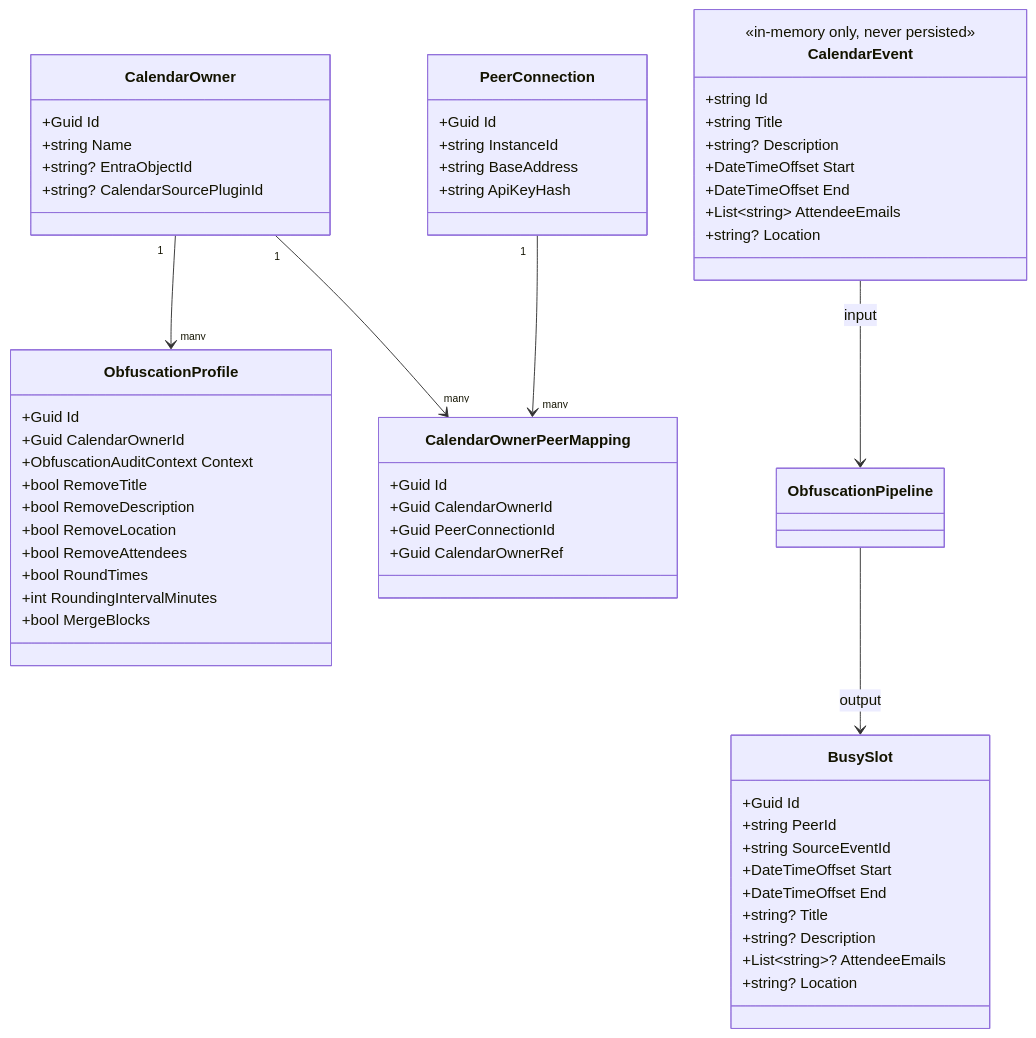
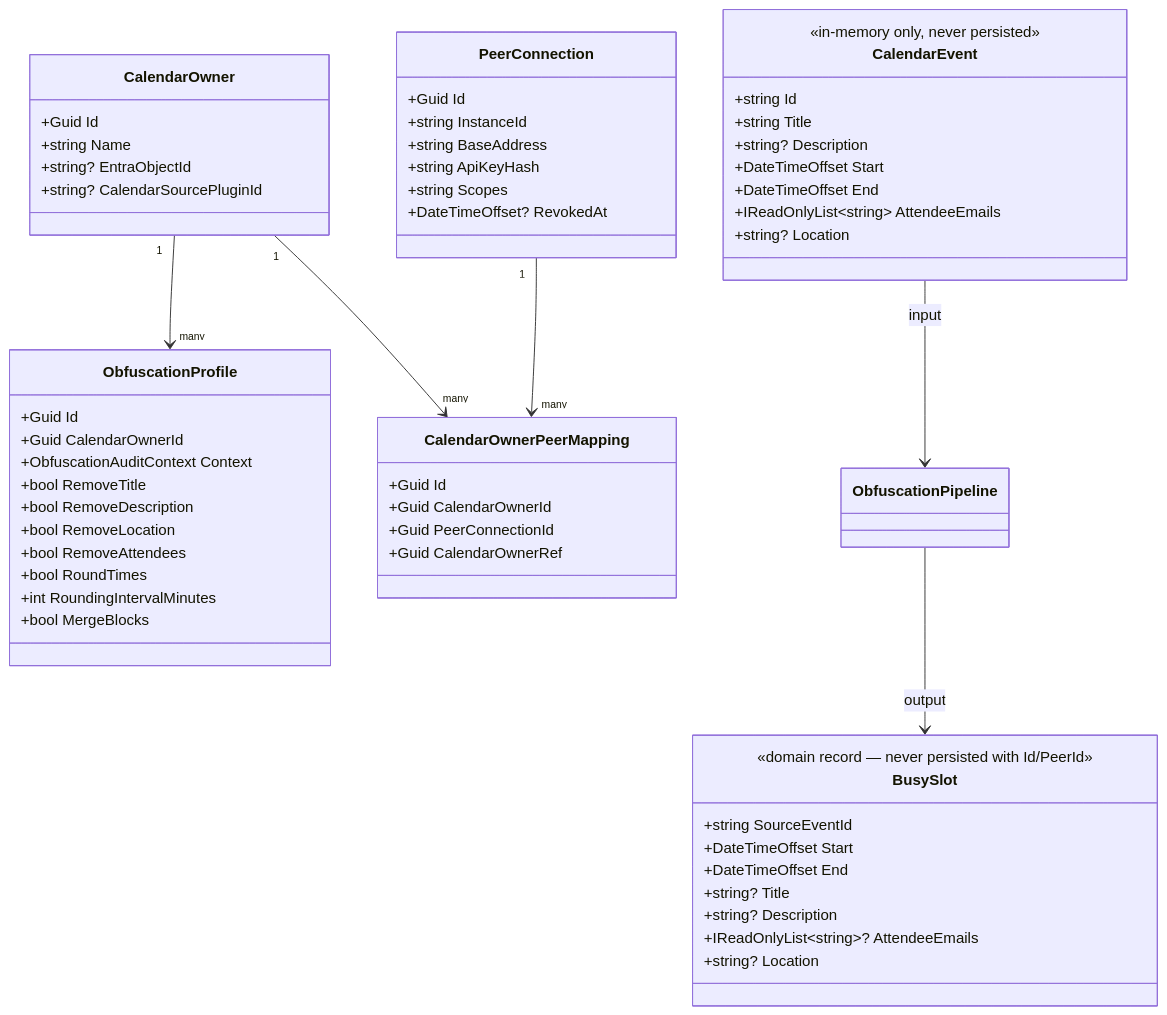
The diagram in docs/05-building-block-view.md (InfSupStageMG/ObfusCal), drawn with Mermaid before and after one commit. The commit also changed other lines of this file and 14 other files, not shown here.

````diff
--- a/docs/05-building-block-view.md
+++ b/docs/05-building-block-view.md
@@ -87,60 +105,61 @@
 ```mermaid
 classDiagram
     class CalendarOwner {
         +Guid Id
         +string Name
         +string? EntraObjectId
         +string? CalendarSourcePluginId
     }
     class ObfuscationProfile {
         +Guid Id
         +Guid CalendarOwnerId
         +ObfuscationAuditContext Context
         +bool RemoveTitle
         +bool RemoveDescription
         +bool RemoveLocation
         +bool RemoveAttendees
         +bool RoundTimes
         +int RoundingIntervalMinutes
         +bool MergeBlocks
     }
     class PeerConnection {
         +Guid Id
         +string InstanceId
         +string BaseAddress
         +string ApiKeyHash
+        +string Scopes
+        +DateTimeOffset? RevokedAt
     }
     class CalendarOwnerPeerMapping {
         +Guid Id
         +Guid CalendarOwnerId
         +Guid PeerConnectionId
         +Guid CalendarOwnerRef
     }
     class BusySlot {
-        +Guid Id
-        +string PeerId
+        <<domain record — never persisted with Id/PeerId>>
         +string SourceEventId
         +DateTimeOffset Start
         +DateTimeOffset End
         +string? Title
         +string? Description
-        +List~string~? AttendeeEmails
+        +IReadOnlyList~string~? AttendeeEmails
         +string? Location
     }
     class CalendarEvent {
         <<in-memory only, never persisted>>
         +string Id
         +string Title
         +string? Description
         +DateTimeOffset Start
         +DateTimeOffset End
-        +List~string~ AttendeeEmails
+        +IReadOnlyList~string~ AttendeeEmails
         +string? Location
     }
 
     CalendarOwner "1" --> "many" CalendarOwnerPeerMapping
     CalendarOwner "1" --> "many" ObfuscationProfile
     PeerConnection "1" --> "many" CalendarOwnerPeerMapping
     CalendarEvent --> ObfuscationPipeline : input
     ObfuscationPipeline --> BusySlot : output
 ```
````
